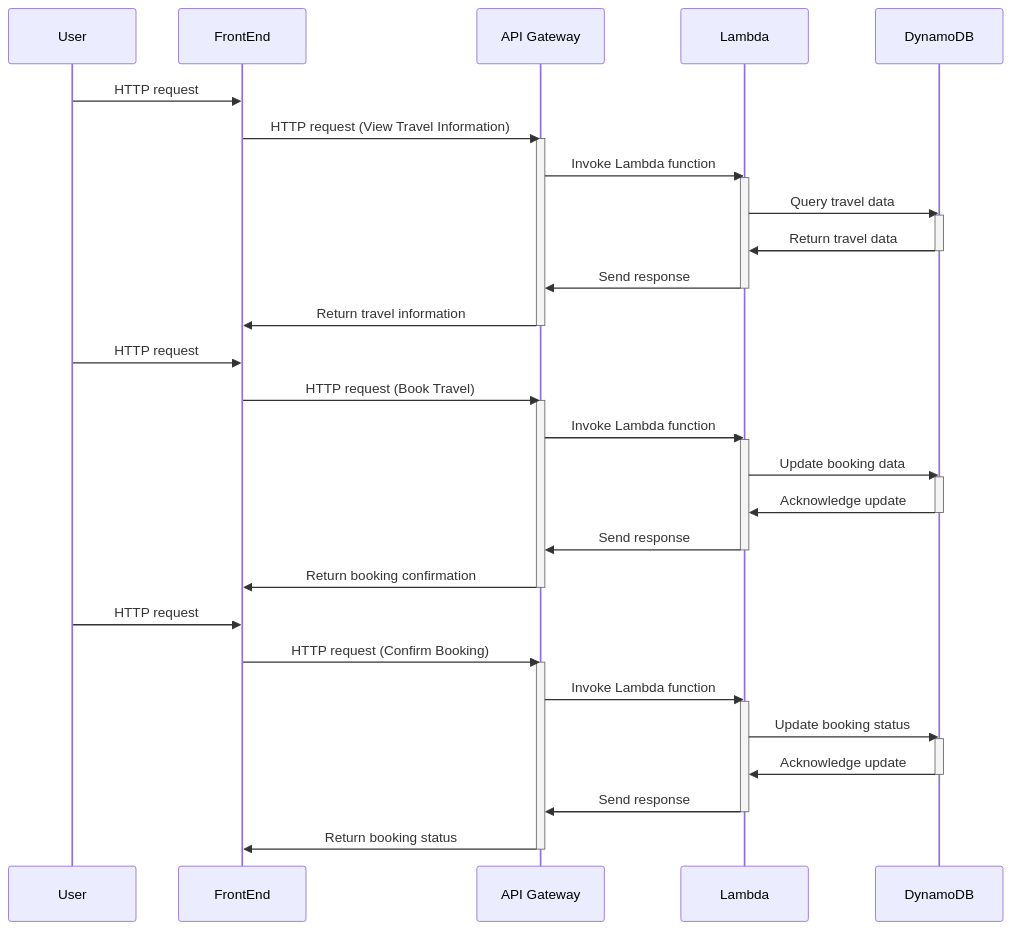
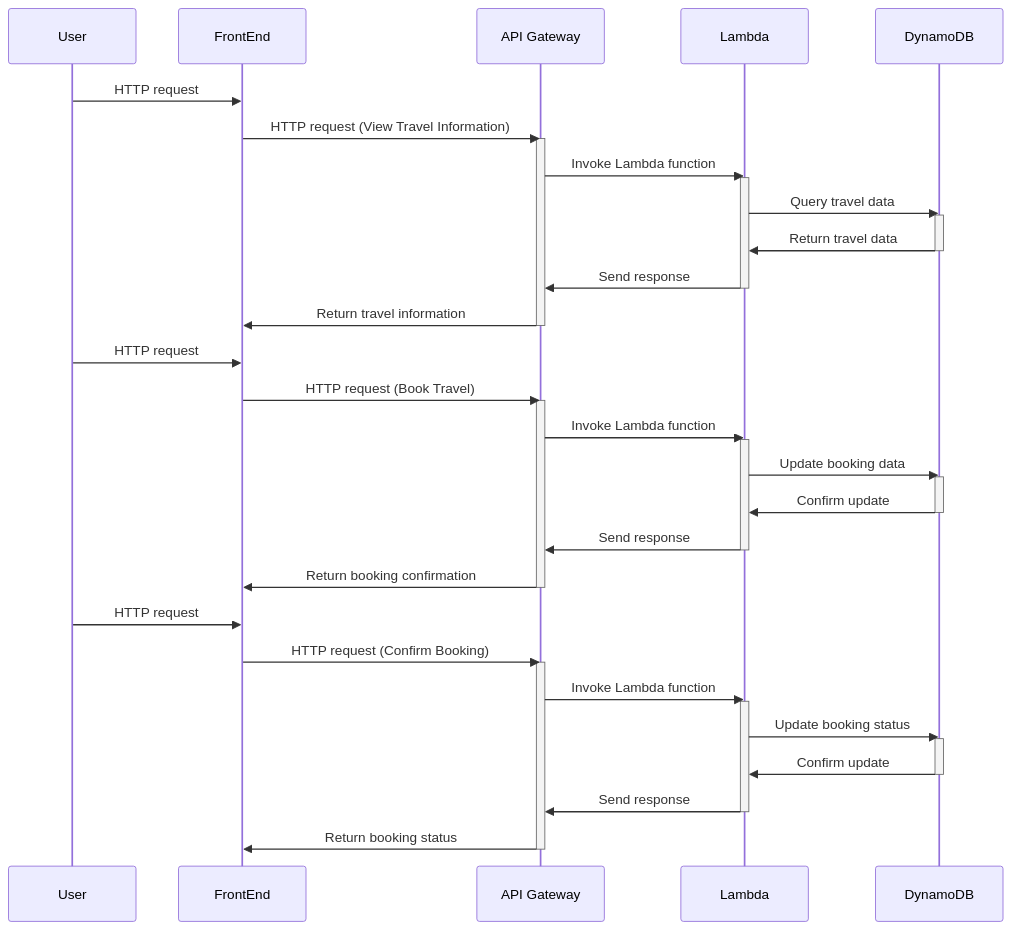
The diagram in all/未命名.md (seven8301/iodraw-files), drawn with Mermaid before and after one commit.

Commit message:
2024-10-12 13:24:28 update

````diff
--- a/all/未命名.md
+++ b/all/未命名.md
@@ -1,51 +1,51 @@
 ```mermaid
 sequenceDiagram
     participant User
     participant FrontEnd
     participant API Gateway
     participant Lambda
     participant DynamoDB
 
     User->>FrontEnd: HTTP request
     FrontEnd->>API Gateway: HTTP request (View Travel Information)
     activate API Gateway
     API Gateway->>Lambda: Invoke Lambda function
     activate Lambda
     Lambda->>DynamoDB: Query travel data
     activate DynamoDB
     DynamoDB->>Lambda: Return travel data
     deactivate DynamoDB
     Lambda->>API Gateway: Send response
     deactivate Lambda
     API Gateway->>FrontEnd: Return travel information
     deactivate API Gateway
 
     User->>FrontEnd: HTTP request
     FrontEnd->>API Gateway: HTTP request (Book Travel)
     activate API Gateway
     API Gateway->>Lambda: Invoke Lambda function
     activate Lambda
     Lambda->>DynamoDB: Update booking data
     activate DynamoDB
-    DynamoDB->>Lambda: Acknowledge update
+    DynamoDB->>Lambda: Confirm update
     deactivate DynamoDB
     Lambda->>API Gateway: Send response
     deactivate Lambda
     API Gateway->>FrontEnd: Return booking confirmation
     deactivate API Gateway
 
     User->>FrontEnd: HTTP request
     FrontEnd->>API Gateway: HTTP request (Confirm Booking)
     activate API Gateway
     API Gateway->>Lambda: Invoke Lambda function
     activate Lambda
     Lambda->>DynamoDB: Update booking status
     activate DynamoDB
-    DynamoDB->>Lambda: Acknowledge update
+    DynamoDB->>Lambda: Confirm update
     deactivate DynamoDB
     Lambda->>API Gateway: Send response
     deactivate Lambda
     API Gateway->>FrontEnd: Return booking status
     deactivate API Gateway
 
 ```
````
